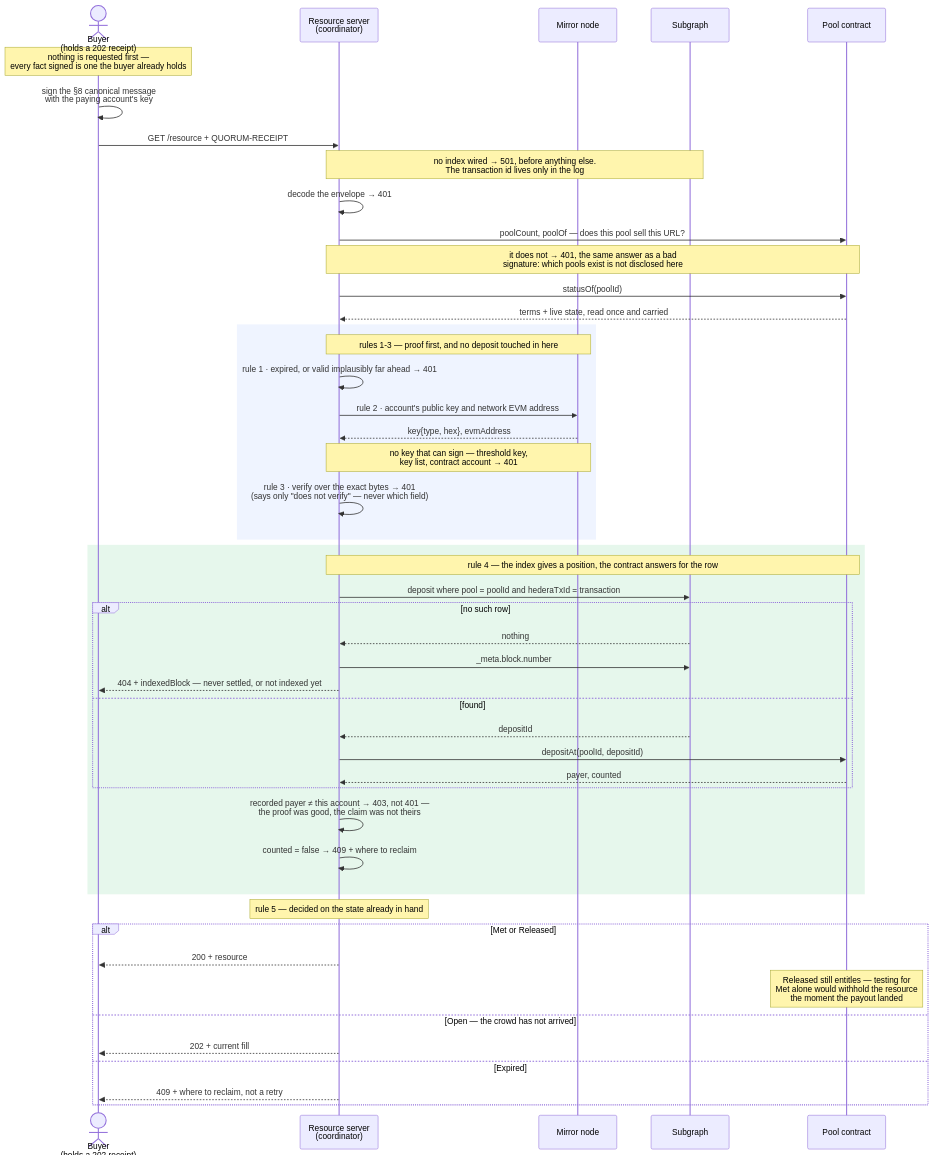
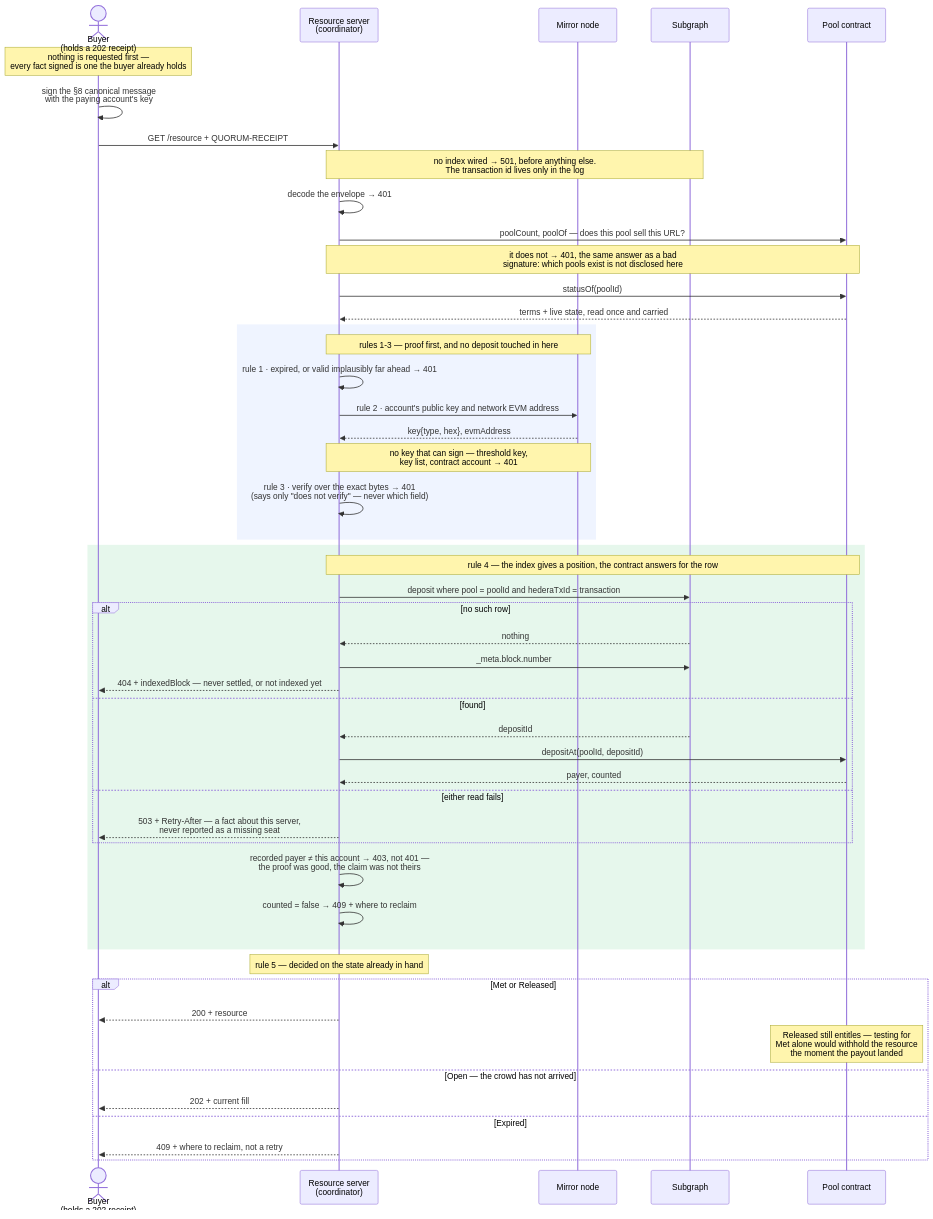
One commit to lxfoundry/quorum402 changed the second of 2 diagrams in specs/quorum-scheme.md. Above: the diagram before and after it, drawn with Mermaid. The commit also changed other lines of this file and 4 other files, not shown here.

````diff
--- a/specs/quorum-scheme.md
+++ b/specs/quorum-scheme.md
@@ -450,54 +463,56 @@
 ```mermaid
 sequenceDiagram
     actor B as Buyer<br/>(holds a 202 receipt)
     participant RS as Resource server<br/>(coordinator)
     participant M as Mirror node
     participant G as Subgraph
     participant P as Pool contract
 
     Note over B: nothing is requested first —<br/>every fact signed is one the buyer already holds
     B->>B: sign the §8 canonical message<br/>with the paying account's key
     B->>RS: GET /resource + QUORUM-RECEIPT
 
     Note over RS,G: no index wired → 501, before anything else.<br/>The transaction id lives only in the log
     RS->>RS: decode the envelope → 401
     RS->>P: poolCount, poolOf — does this pool sell this URL?
     Note over RS,P: it does not → 401, the same answer as a bad<br/>signature: which pools exist is not disclosed here
     RS->>P: statusOf(poolId)
     P-->>RS: terms + live state, read once and carried
 
     rect rgba(120, 160, 255, 0.12)
         Note over RS,M: rules 1-3 — proof first, and no deposit touched in here
         RS->>RS: rule 1 · expired, or valid implausibly far ahead → 401
         RS->>M: rule 2 · account's public key and network EVM address
         M-->>RS: key{type, hex}, evmAddress
         Note over RS,M: no key that can sign — threshold key,<br/>key list, contract account → 401
         RS->>RS: rule 3 · verify over the exact bytes → 401<br/>(says only "does not verify" — never which field)
     end
 
     rect rgba(80, 200, 120, 0.14)
         Note over RS,P: rule 4 — the index gives a position, the contract answers for the row
         RS->>G: deposit where pool = poolId and hederaTxId = transaction
         alt no such row
             G-->>RS: nothing
             RS->>G: _meta.block.number
             RS-->>B: 404 + indexedBlock — never settled, or not indexed yet
         else found
             G-->>RS: depositId
             RS->>P: depositAt(poolId, depositId)
             P-->>RS: payer, counted
+        else either read fails
+            RS-->>B: 503 + Retry-After — a fact about this server,<br/>never reported as a missing seat
         end
         RS->>RS: recorded payer ≠ this account → 403, not 401 —<br/>the proof was good, the claim was not theirs
         RS->>RS: counted = false → 409 + where to reclaim
     end
 
     Note over RS: rule 5 — decided on the state already in hand
     alt Met or Released
         RS-->>B: 200 + resource
         Note over P: Released still entitles — testing for<br/>Met alone would withhold the resource<br/>the moment the payout landed
     else Open — the crowd has not arrived
         RS-->>B: 202 + current fill
     else Expired
         RS-->>B: 409 + where to reclaim, not a retry
     end
 ```
````
